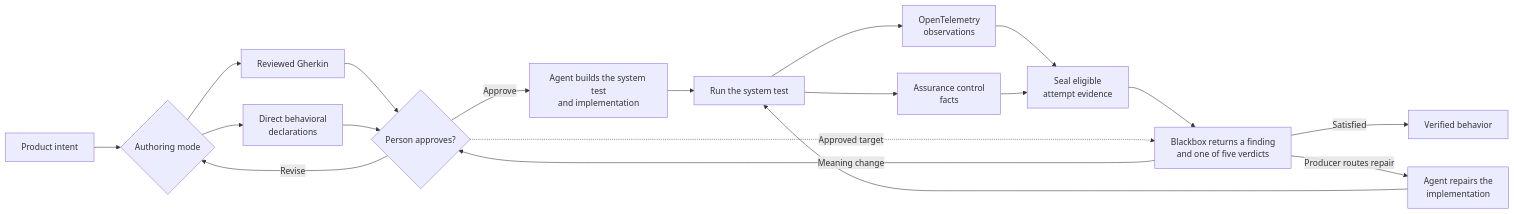
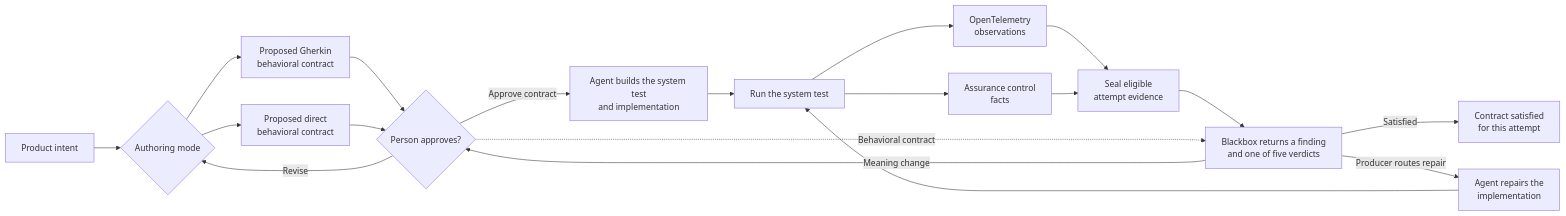
The diagram in .design-research/blackbox-verification-loop-north-star.md (suites-dev/docs.suites.dev), drawn with Mermaid before and after one commit. The commit also changed other lines of this file and 164 other files, not shown here.

````diff
--- a/.design-research/blackbox-verification-loop-north-star.md
+++ b/.design-research/blackbox-verification-loop-north-star.md
@@ -9,21 +9,21 @@
 ```mermaid
 flowchart LR
     I[Product intent] --> M{Authoring mode}
-    M --> G[Reviewed Gherkin]
-    M --> D[Direct behavioral<br/>declarations]
+    M --> G[Proposed Gherkin<br/>behavioral contract]
+    M --> D[Proposed direct<br/>behavioral contract]
     G --> A{Person approves?}
     D --> A
     A -->|Revise| M
-    A -->|Approve| T[Agent builds the system test<br/>and implementation]
+    A -->|Approve contract| T[Agent builds the system test<br/>and implementation]
     T --> R[Run the system test]
     R --> O[OpenTelemetry<br/>observations]
     R --> C[Assurance control<br/>facts]
     O --> E[Seal eligible<br/>attempt evidence]
     C --> E
     E --> F[Blackbox returns a finding<br/>and one of five verdicts]
-    A -. Approved target .-> F
-    F -->|Satisfied| V[Verified behavior]
+    A -. Behavioral contract .-> F
+    F -->|Satisfied| V[Contract satisfied<br/>for this attempt]
     F -->|Producer routes repair| X[Agent repairs the<br/>implementation]
     F -->|Meaning change| A
     X --> R
 ```
````
